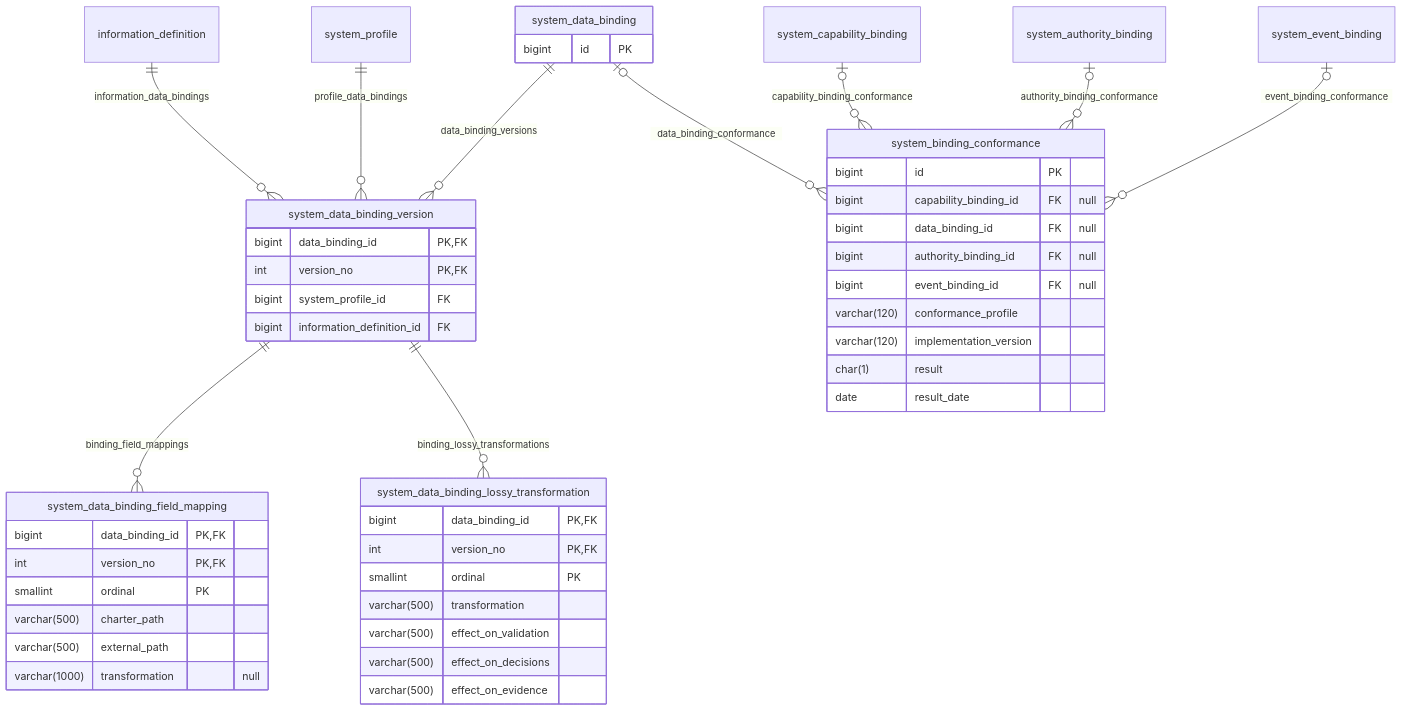
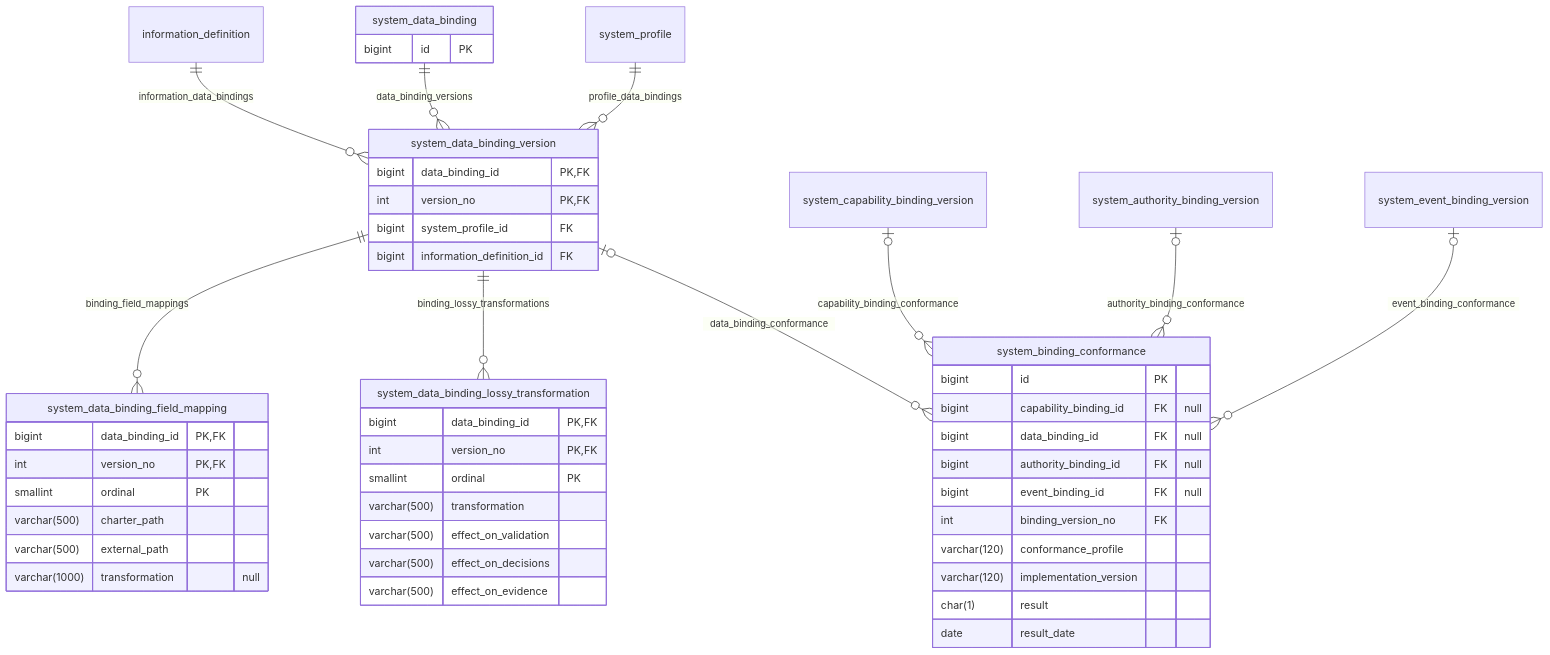
One commit to nauticana/charter changed diagram 13 of 20 in schema/database.md. Above: the diagram before and after it, drawn with Mermaid. The commit also changed other lines of this file and 37 other files, not shown here.

Commit message:
Version-pinned binding conformance, adopted-contract packages, and store reads

````diff
--- a/schema/database.md
+++ b/schema/database.md
@@ -1294,50 +1294,51 @@
 ```mermaid
 erDiagram
     information_definition ||--o{ system_data_binding_version : information_data_bindings
     system_data_binding ||--o{ system_data_binding_version : data_binding_versions
     system_profile ||--o{ system_data_binding_version : profile_data_bindings
     system_data_binding_version ||--o{ system_data_binding_field_mapping : binding_field_mappings
     system_data_binding_version ||--o{ system_data_binding_lossy_transformation : binding_lossy_transformations
-    system_capability_binding |o--o{ system_binding_conformance : capability_binding_conformance
-    system_data_binding |o--o{ system_binding_conformance : data_binding_conformance
-    system_authority_binding |o--o{ system_binding_conformance : authority_binding_conformance
-    system_event_binding |o--o{ system_binding_conformance : event_binding_conformance
+    system_capability_binding_version |o--o{ system_binding_conformance : capability_binding_conformance
+    system_data_binding_version |o--o{ system_binding_conformance : data_binding_conformance
+    system_authority_binding_version |o--o{ system_binding_conformance : authority_binding_conformance
+    system_event_binding_version |o--o{ system_binding_conformance : event_binding_conformance
 
     system_data_binding {
         bigint id PK
     }
     system_data_binding_version {
         bigint data_binding_id PK, FK
         int version_no PK, FK
         bigint system_profile_id FK
         bigint information_definition_id FK
     }
     system_data_binding_field_mapping {
         bigint data_binding_id PK, FK
         int version_no PK, FK
         smallint ordinal PK
         varchar(500) charter_path
         varchar(500) external_path
         varchar(1000) transformation "null"
     }
     system_data_binding_lossy_transformation {
         bigint data_binding_id PK, FK
         int version_no PK, FK
         smallint ordinal PK
         varchar(500) transformation
         varchar(500) effect_on_validation
         varchar(500) effect_on_decisions
         varchar(500) effect_on_evidence
     }
     system_binding_conformance {
         bigint id PK
         bigint capability_binding_id FK "null"
         bigint data_binding_id FK "null"
         bigint authority_binding_id FK "null"
         bigint event_binding_id FK "null"
+        int binding_version_no FK
         varchar(120) conformance_profile
         varchar(120) implementation_version
         char(1) result
         date result_date
     }
 ```
````
